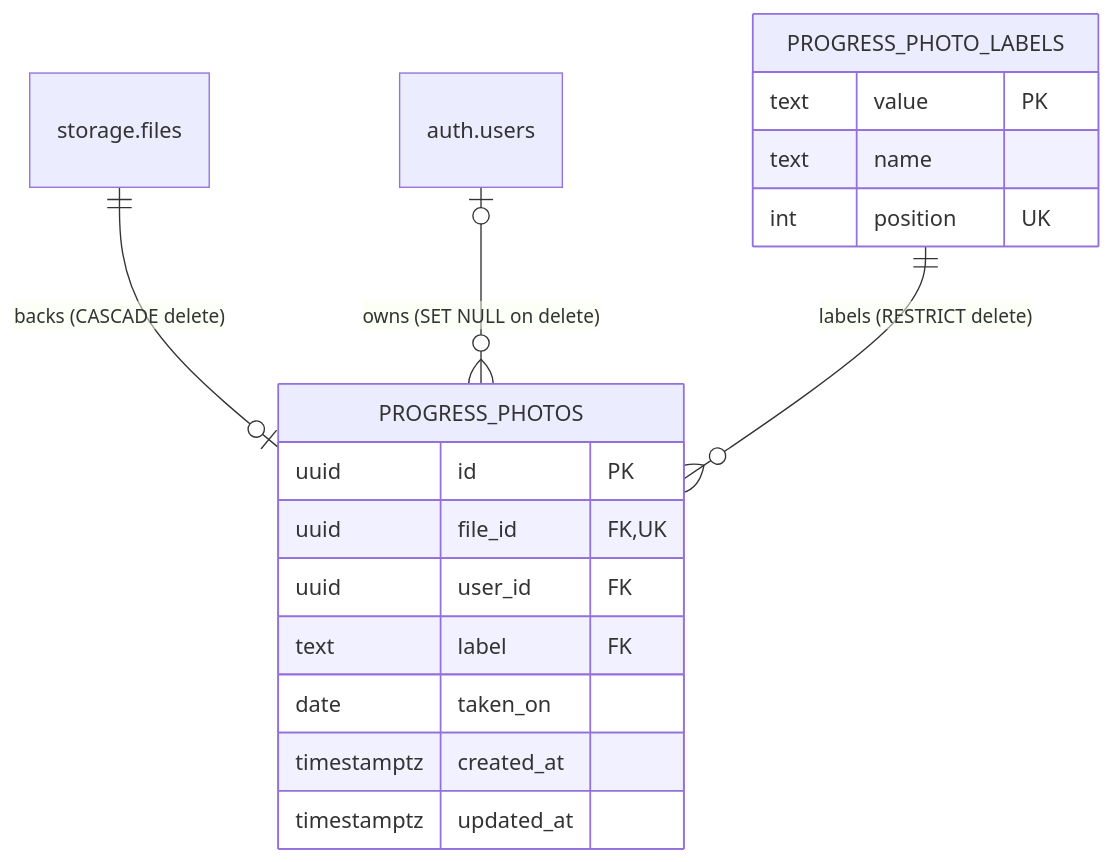
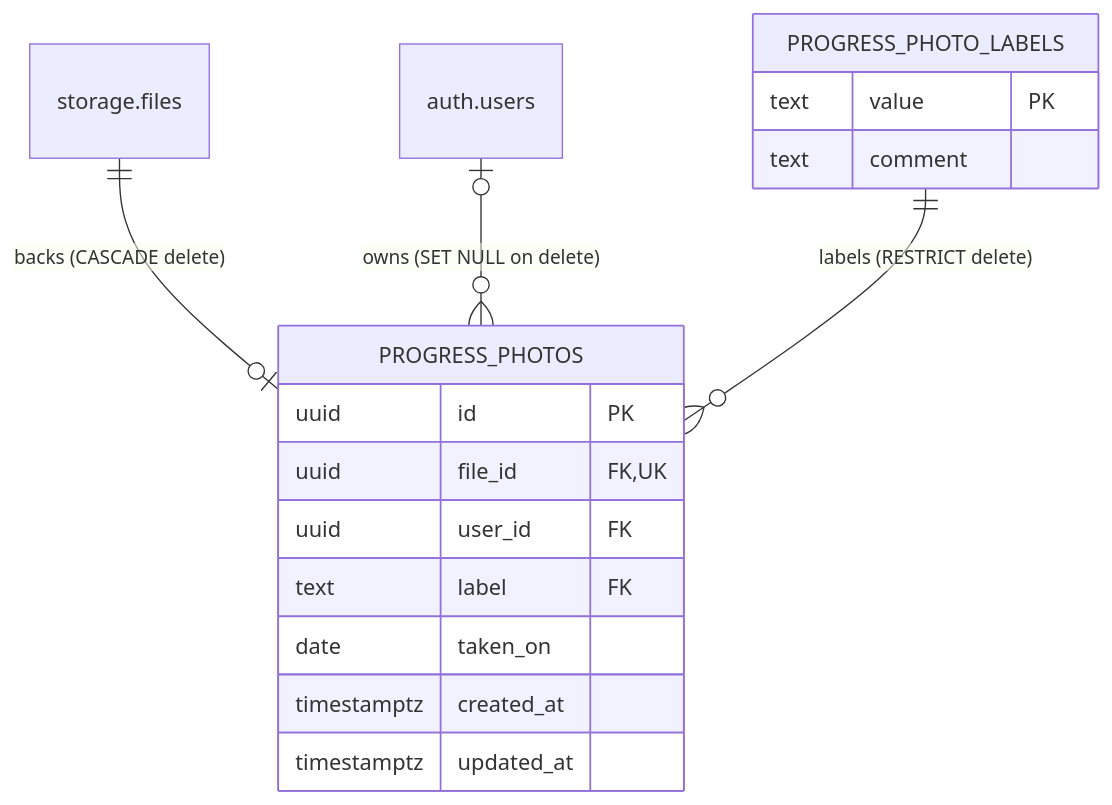
Before and after one commit to dbarrosop/neogym: the fourth of 5 diagrams in docs/developers/database.md, drawn with Mermaid. The commit also changed other lines of this file and 12 other files, not shown here.

````diff
--- a/docs/developers/database.md
+++ b/docs/developers/database.md
@@ -192,24 +192,23 @@
 ```mermaid
 erDiagram
     STORAGE_FILES["storage.files"]
     AUTH_USERS["auth.users"]
 
     PROGRESS_PHOTO_LABELS {
         text value PK
-        text name
-        int position UK
+        text comment
     }
     PROGRESS_PHOTOS {
         uuid id PK
         uuid file_id FK, UK
         uuid user_id FK
         text label FK
         date taken_on
         timestamptz created_at
         timestamptz updated_at
     }
 
     STORAGE_FILES ||--o| PROGRESS_PHOTOS : "backs (CASCADE delete)"
     AUTH_USERS |o--o{ PROGRESS_PHOTOS : "owns (SET NULL on delete)"
     PROGRESS_PHOTO_LABELS ||--o{ PROGRESS_PHOTOS : "labels (RESTRICT delete)"
 ```
````
